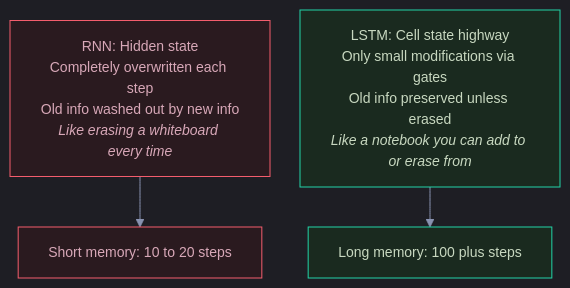
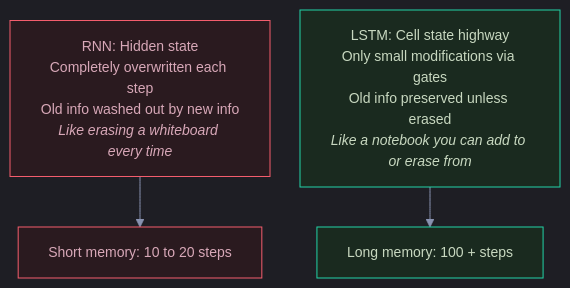
The fourth of 10 diagrams in Documents/Visual_Guides/Deep_Learning/RNN_LSTM_Visual.md (snehith1234/StudyCircle), drawn with Mermaid before and after one commit. The commit also changed other lines of this file and 10 other files, not shown here.

First line of the commit message:
Fix Mermaid formatting and add RNN/LSTM guides

````diff
--- a/Documents/Visual_Guides/Deep_Learning/RNN_LSTM_Visual.md
+++ b/Documents/Visual_Guides/Deep_Learning/RNN_LSTM_Visual.md
@@ -89,14 +89,14 @@
 ```mermaid
 %%{init: {'theme': 'dark', 'themeVariables': {'darkMode': true, 'background': '#0e1117', 'primaryColor': '#1a1d2e', 'primaryTextColor': '#e2e8f0', 'primaryBorderColor': '#2d3148', 'lineColor': '#8892b0', 'secondaryColor': '#252840', 'tertiaryColor': '#1a1d2e', 'fontSize': '14px', 'edgeLabelBackground': '#0e1117'}, 'flowchart': {'nodeSpacing': 30, 'rankSpacing': 40, 'padding': 15, 'htmlLabels': true}}}%%
 graph TD
     RNN_WAY["RNN: Hidden state<br/>Completely overwritten each step<br/>Old info washed out by new info<br/><i>Like erasing a whiteboard every time</i>"]
     LSTM_WAY["LSTM: Cell state highway<br/>Only small modifications via gates<br/>Old info preserved unless erased<br/><i>Like a notebook you can add to or erase from</i>"]
 
     RNN_WAY --> SHORT["Short memory: 10 to 20 steps"]
-    LSTM_WAY --> LONG["Long memory: 100 plus steps"]
+    LSTM_WAY --> LONG["Long memory: 100 + steps"]
 
     style RNN_WAY fill:#2a1a1f,stroke:#f45d6d,color:#d8a8b8
     style LSTM_WAY fill:#1a2a1f,stroke:#22d3a7,color:#c8d8c0
     style SHORT fill:#2a1a1f,stroke:#f45d6d,color:#d8a8b8
     style LONG fill:#1a2a1f,stroke:#22d3a7,color:#c8d8c0
 ```
````
